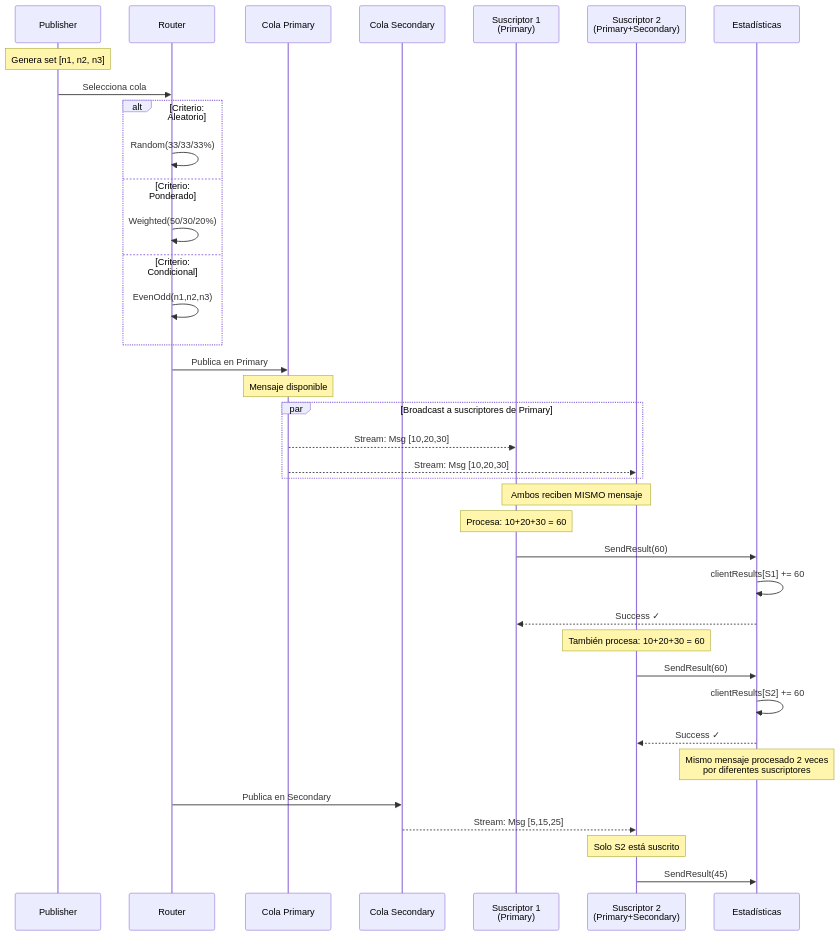
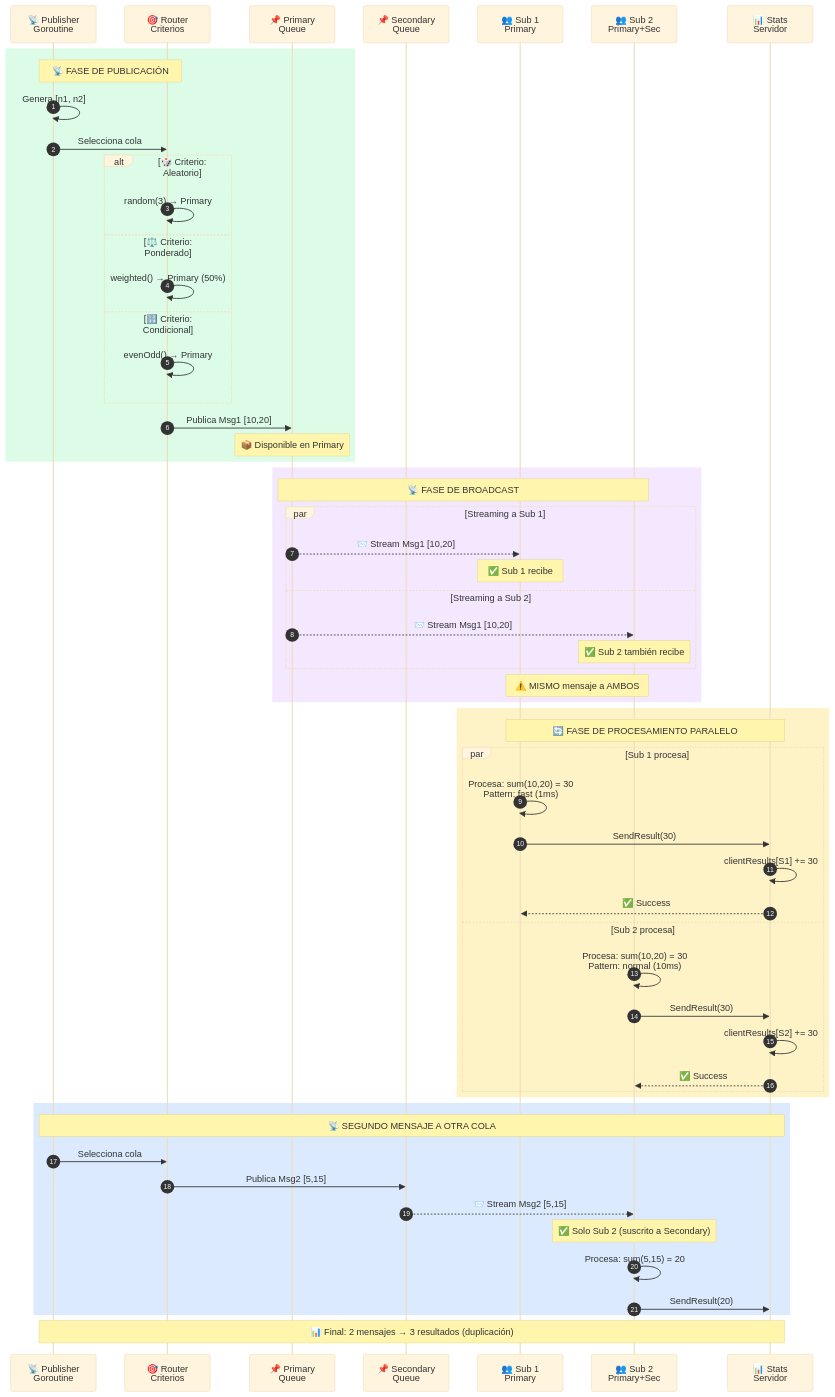
The third of 15 diagrams in pub_sus/diagrama.md (Susch12/Distribuida), drawn with Mermaid before and after one commit. The commit also changed other lines of this file and 1 other file, not shown here.

````diff
--- a/pub_sus/diagrama.md
+++ b/pub_sus/diagrama.md
@@ -176,49 +173,73 @@
 ```mermaid
+%%{init: {'theme':'base', 'themeVariables': {'fontSize':'14px'}}}%%
 sequenceDiagram
-    participant Pub as Publisher
-    participant Router as Router
-    participant Q1 as Cola Primary
-    participant Q2 as Cola Secondary
-    participant S1 as Suscriptor 1<br/>(Primary)
-    participant S2 as Suscriptor 2<br/>(Primary+Secondary)
-    participant Stats as Estadísticas
+    autonumber
+    participant P as 📡 Publisher<br/>Goroutine
+    participant R as 🎯 Router<br/>Criterios
+    participant Q1 as 📌 Primary<br/>Queue
+    participant Q2 as 📌 Secondary<br/>Queue
+    participant S1 as 👥 Sub 1<br/>Primary
+    participant S2 as 👥 Sub 2<br/>Primary+Sec
+    participant ST as 📊 Stats<br/>Servidor
     
-    Note over Pub: Genera set [n1, n2, n3]
-    Pub->>Router: Selecciona cola
-    
-    alt Criterio: Aleatorio
-        Router->>Router: Random(33/33/33%)
-    else Criterio: Ponderado
-        Router->>Router: Weighted(50/30/20%)
-    else Criterio: Condicional
-        Router->>Router: EvenOdd(n1,n2,n3)
+    rect rgb(220, 252, 231)
+        Note over P,R: 📡 FASE DE PUBLICACIÓN
+        P->>P: Genera [n1, n2]
+        P->>R: Selecciona cola
+        
+        alt 🎲 Criterio: Aleatorio
+            R->>R: random(3) → Primary
+        else ⚖️ Criterio: Ponderado
+            R->>R: weighted() → Primary (50%)
+        else 🔢 Criterio: Condicional
+            R->>R: evenOdd() → Primary
+        end
+        
+        R->>Q1: Publica Msg1 [10,20]
+        Note over Q1: 📦 Disponible en Primary
     end
     
-    Router->>Q1: Publica en Primary
-    Note over Q1: Mensaje disponible
-    
-    par Broadcast a suscriptores de Primary
-        Q1-->>S1: Stream: Msg [10,20,30]
-        Q1-->>S2: Stream: Msg [10,20,30]
+    rect rgb(243, 232, 255)
+        Note over Q1,S2: 📡 FASE DE BROADCAST
+        
+        par Streaming a Sub 1
+            Q1-->>S1: 📨 Stream Msg1 [10,20]
+            Note over S1: ✅ Sub 1 recibe
+        and Streaming a Sub 2
+            Q1-->>S2: 📨 Stream Msg1 [10,20]
+            Note over S2: ✅ Sub 2 también recibe
+        end
+        
+        Note over S1,S2: ⚠️ MISMO mensaje a AMBOS
     end
     
-    Note over S1,S2: Ambos reciben MISMO mensaje
+    rect rgb(254, 243, 199)
+        Note over S1,ST: 🔄 FASE DE PROCESAMIENTO PARALELO
+        
+        par Sub 1 procesa
+            S1->>S1: Procesa: sum(10,20) = 30<br/>Pattern: fast (1ms)
+            S1->>ST: SendResult(30)
+            ST->>ST: clientResults[S1] += 30
+            ST-->>S1: ✅ Success
+        and Sub 2 procesa
+            S2->>S2: Procesa: sum(10,20) = 30<br/>Pattern: normal (10ms)
+            S2->>ST: SendResult(30)
+            ST->>ST: clientResults[S2] += 30
+            ST-->>S2: ✅ Success
+        end
+    end
     
-    Note over S1: Procesa: 10+20+30 = 60
-    S1->>Stats: SendResult(60)
-    Stats->>Stats: clientResults[S1] += 60
-    Stats-->>S1: Success ✓
+    rect rgb(219, 234, 254)
+        Note over P,ST: 📡 SEGUNDO MENSAJE A OTRA COLA
+        P->>R: Selecciona cola
+        R->>Q2: Publica Msg2 [5,15]
+        
+        Q2-->>S2: 📨 Stream Msg2 [5,15]
+        Note over S2: ✅ Solo Sub 2 (suscrito a Secondary)
+        
+        S2->>S2: Procesa: sum(5,15) = 20
+        S2->>ST: SendResult(20)
+    end
     
-    Note over S2: También procesa: 10+20+30 = 60
-    S2->>Stats: SendResult(60)
-    Stats->>Stats: clientResults[S2] += 60
-    Stats-->>S2: Success ✓
-    
-    Note over Stats: Mismo mensaje procesado 2 veces<br/>por diferentes suscriptores
-    
-    Router->>Q2: Publica en Secondary
-    Q2-->>S2: Stream: Msg [5,15,25]
-    Note over S2: Solo S2 está suscrito
-    
-    S2->>Stats: SendResult(45)
+    Note over P,ST: 📊 Final: 2 mensajes → 3 resultados (duplicación)
 ```
````
